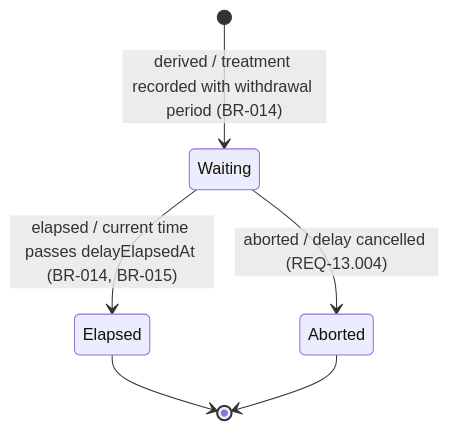
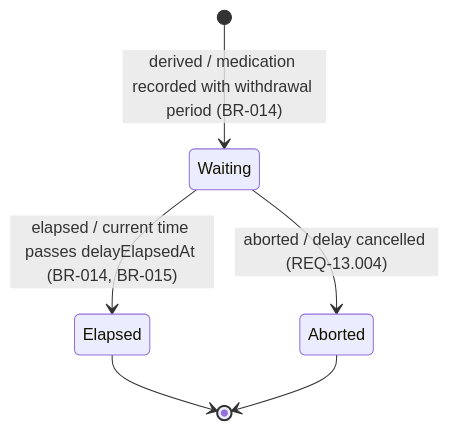
Before and after one commit to lyndametref/geep: the diagram in docs/domain-model/object-model/waiting-delay-state-diagram.md, drawn with Mermaid. The commit also changed other lines of this file and 5 other files, not shown here.

Commit message:
rename treatment -> medication

````diff
--- a/docs/domain-model/object-model/waiting-delay-state-diagram.md
+++ b/docs/domain-model/object-model/waiting-delay-state-diagram.md
@@ -23,8 +23,8 @@
 ```mermaid
 stateDiagram-v2
-    [*] --> Waiting : derived / treatment recorded with withdrawal period (BR-014)
+    [*] --> Waiting : derived / medication recorded with withdrawal period (BR-014)
     Waiting --> Elapsed : elapsed / current time passes delayElapsedAt (BR-014, BR-015)
     Waiting --> Aborted : aborted / delay cancelled (REQ-13.004)
     Elapsed --> [*]
     Aborted --> [*]
 ```
````
